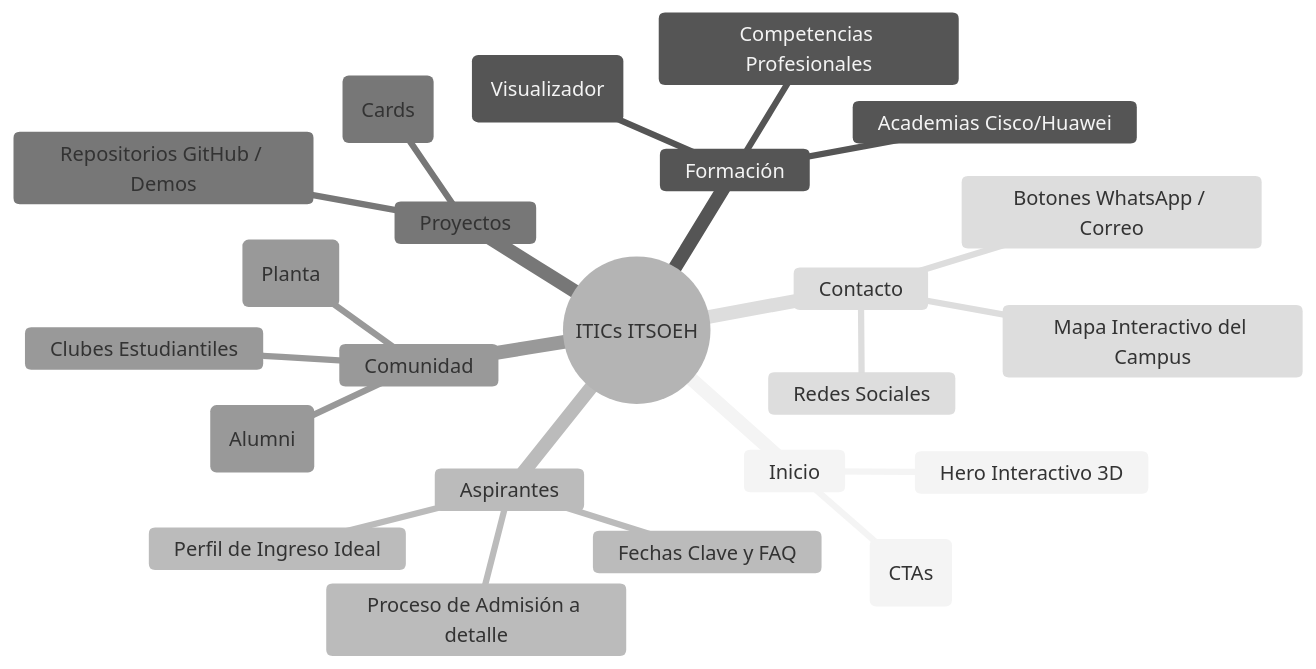
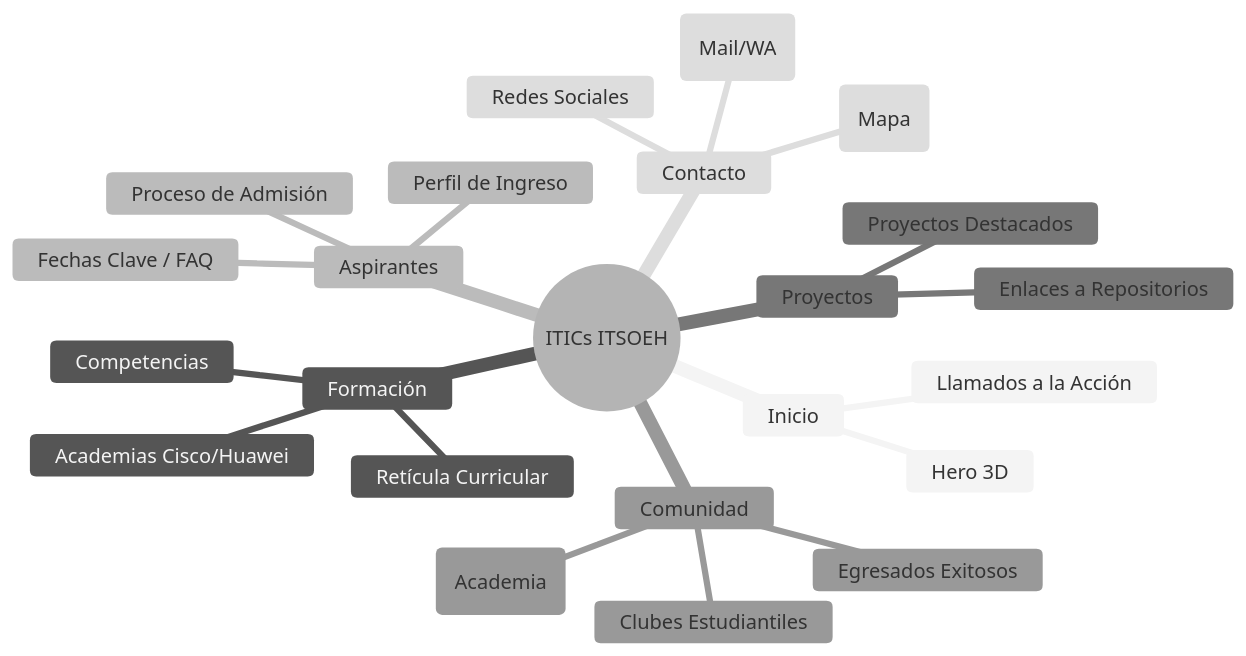
The second of 9 diagrams in docs/diagrams.md (tics-itsoeh/itics-website), drawn with Mermaid (neutral theme) before and after one commit. The commit also changed other lines of this file, not shown here.

Commit message:
docs: expand diagrams collection with specialized maintenance and data flows

````diff
--- a/docs/diagrams.md
+++ b/docs/diagrams.md
@@ -46,26 +47,26 @@
 ```mermaid
 mindmap
   root((ITICs ITSOEH))
     Inicio
-      Hero Interactivo 3D
-      Secciones Rápidas (CTAs)
+      Hero 3D
+      Llamados a la Acción
     Formación
-      Retícula PDF (Visualizador)
-      Competencias Profesionales
+      Competencias
       Academias Cisco/Huawei
+      Retícula Curricular
     Aspirantes
-      Perfil de Ingreso Ideal
-      Proceso de Admisión a detalle
-      Fechas Clave y FAQ
+      Perfil de Ingreso
+      Proceso de Admisión
+      Fechas Clave / FAQ
     Proyectos
-      Proyectos Destacados (Cards)
-      Repositorios GitHub / Demos
+      Proyectos Destacados
+      Enlaces a Repositorios
     Comunidad
-      Egresados Exitosos (Alumni)
+      Egresados Exitosos
       Clubes Estudiantiles
-      Profesores (Planta)
+      Profesores (Academia)
     Contacto
       Redes Sociales
-      Botones WhatsApp / Correo
-      Mapa Interactivo del Campus
+      Contacto Directo (Mail/WA)
+      Ubicación Física (Mapa)
 ```
````
